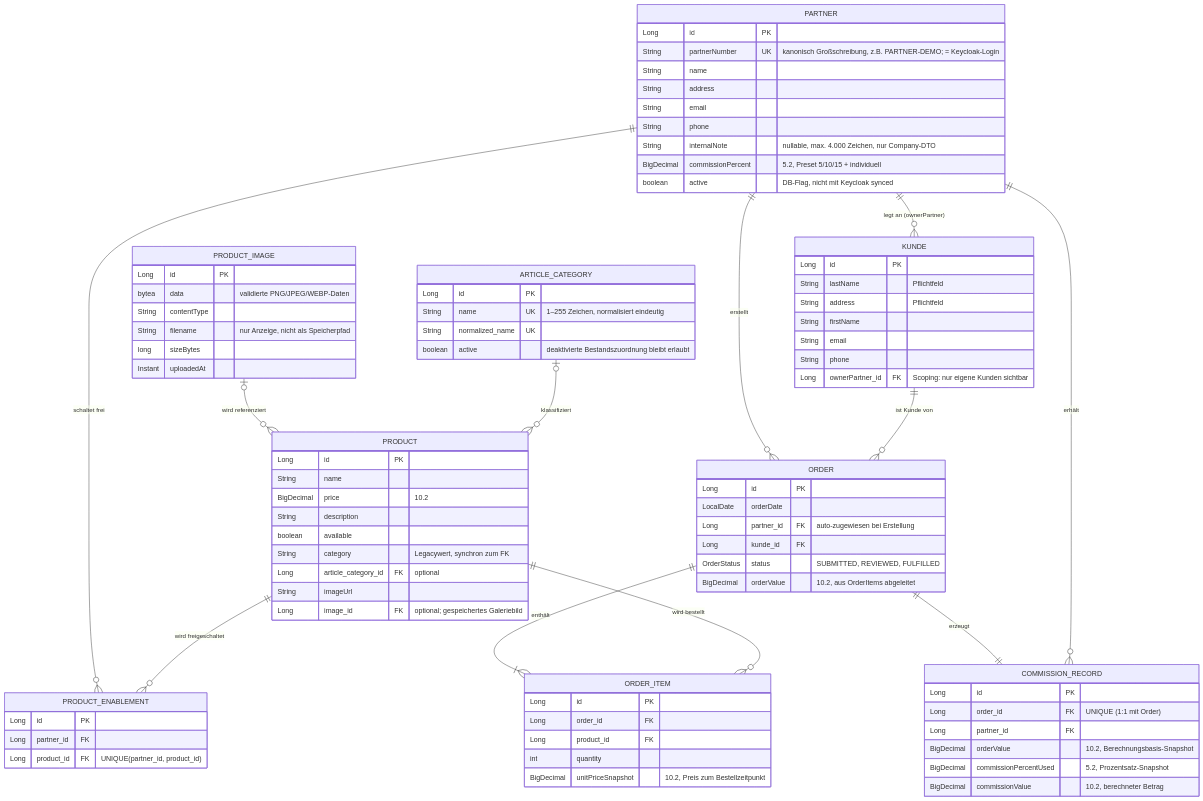
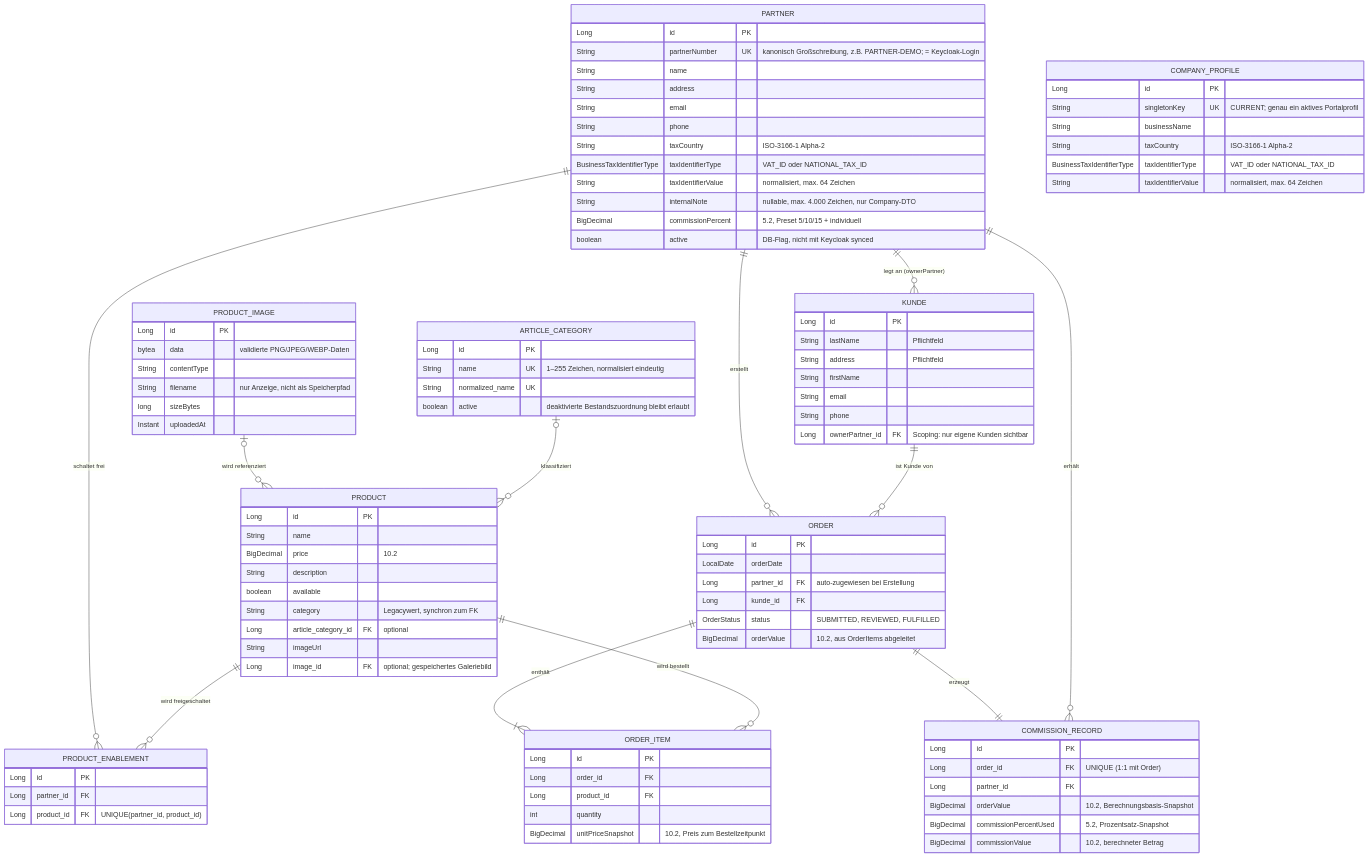
Before and after one commit to Chris-Vahram/diplomarbeit-papo: the diagram in docs/DATA_MODEL.md, drawn with Mermaid. The commit also changed other lines of this file and 36 other files, not shown here.

Commit message:
feat: add business tax identifiers

```diff
--- a/docs/DATA_MODEL.md
+++ b/docs/DATA_MODEL.md
@@ -21,6 +21,15 @@
     ORDER ||--|| COMMISSION_RECORD : "erzeugt"
     PARTNER ||--o{ COMMISSION_RECORD : "erhält"
 
+    COMPANY_PROFILE {
+        Long id PK
+        String singletonKey UK "CURRENT; genau ein aktives Portalprofil"
+        String businessName
+        String taxCountry "ISO-3166-1 Alpha-2"
+        BusinessTaxIdentifierType taxIdentifierType "VAT_ID oder NATIONAL_TAX_ID"
+        String taxIdentifierValue "normalisiert, max. 64 Zeichen"
+    }
+
     PARTNER {
         Long id PK
         String partnerNumber UK "kanonisch Großschreibung, z.B. PARTNER-DEMO; = Keycloak-Login"
@@ -28,6 +37,9 @@
         String address
         String email
         String phone
+        String taxCountry "ISO-3166-1 Alpha-2"
+        BusinessTaxIdentifierType taxIdentifierType "VAT_ID oder NATIONAL_TAX_ID"
+        String taxIdentifierValue "normalisiert, max. 64 Zeichen"
         String internalNote "nullable, max. 4.000 Zeichen, nur Company-DTO"
         BigDecimal commissionPercent "5.2, Preset 5/10/15 + individuell"
         boolean active "DB-Flag, nicht mit Keycloak synced"
```
